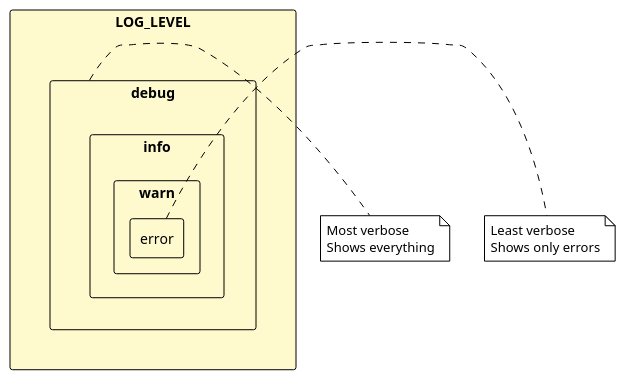
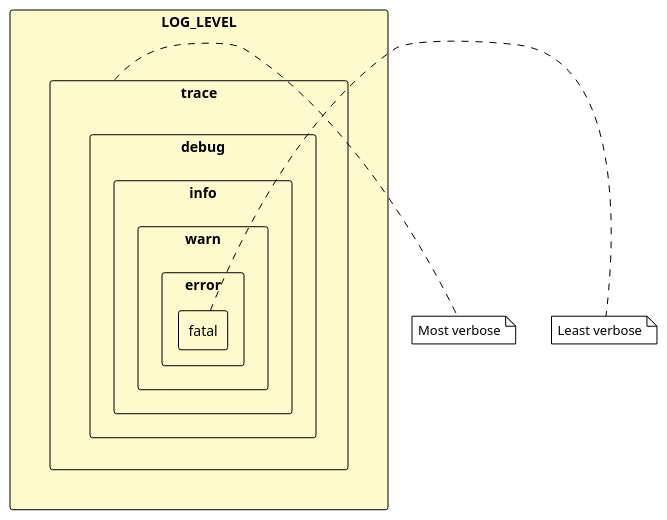
The second of 4 diagrams in docs/LOGGING.md (EraPartner/Watchman), drawn with PlantUML before and after one commit. The commit also changed other lines of this file and 32 other files, not shown here.

````diff
--- a/docs/LOGGING.md
+++ b/docs/LOGGING.md
@@ -199,30 +107,32 @@
 ```plantuml
 @startuml
 !theme plain
 
 skinparam rectangleBackgroundColor #FFFACD
 
 rectangle "LOG_LEVEL" as Level {
-    rectangle "debug" as Debug {
-        rectangle "info" as Info {
-            rectangle "warn" as Warn {
-                rectangle "error" as Error {
+    rectangle "trace" as Trace {
+        rectangle "debug" as Debug {
+            rectangle "info" as Info {
+                rectangle "warn" as Warn {
+                    rectangle "error" as Error {
+                        rectangle "fatal" as Fatal {
+                        }
+                    }
                 }
             }
         }
     }
 }
 
-note right of Debug
+note right of Trace
   Most verbose
-  Shows everything
 end note
 
-note right of Error
+note right of Fatal
   Least verbose
-  Shows only errors
 end note
 
-Level -[hidden]-> Error
+Level -[hidden]-> Fatal
 @enduml
 ```
````
